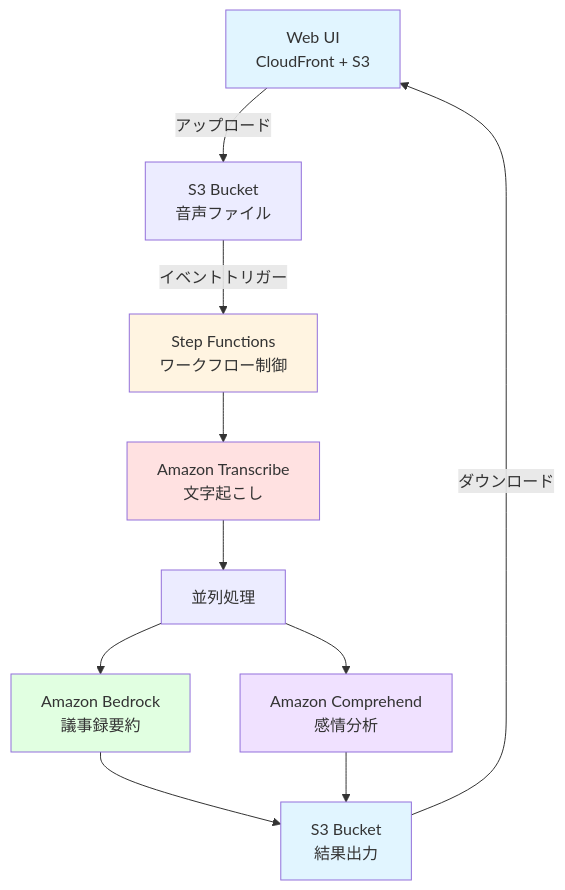
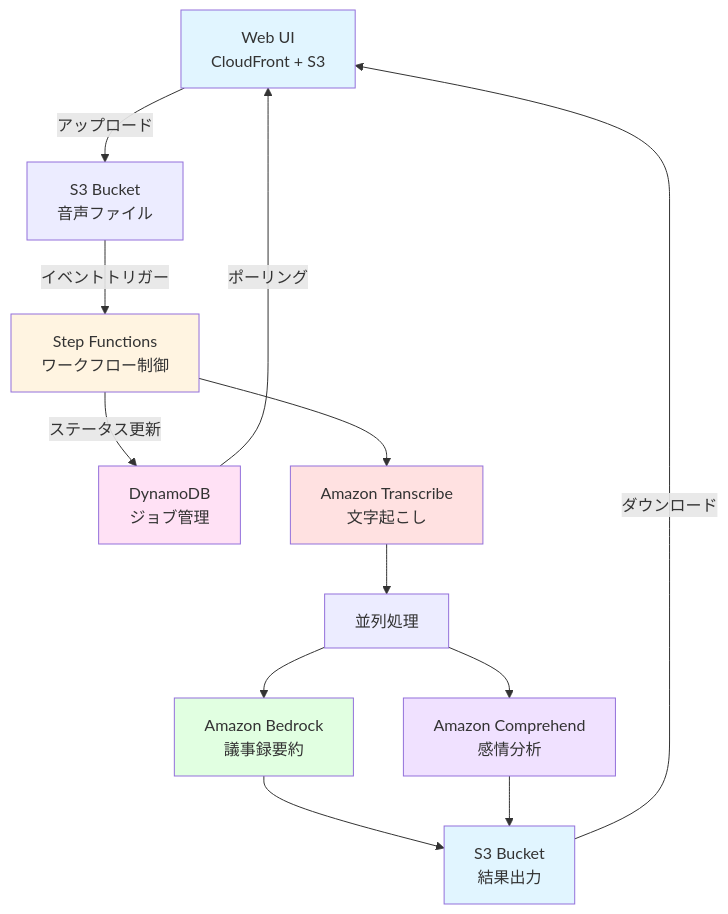
One commit to kyonosuke-specialist/gijirokuapp changed the diagram in 発表スライド.md. Above: the diagram before and after it, drawn with Mermaid. The commit also changed other lines of this file, not shown here.

````diff
--- a/発表スライド.md
+++ b/発表スライド.md
@@ -19,19 +20,22 @@
 ```mermaid
 graph TD
     A[Web UI<br/>CloudFront + S3] -->|アップロード| B[S3 Bucket<br/>音声ファイル]
     B -->|イベントトリガー| C[Step Functions<br/>ワークフロー制御]
-    C --> D[Amazon Transcribe<br/>文字起こし]
-    D --> E[並列処理]
-    E --> F[Amazon Bedrock<br/>議事録要約]
-    E --> G[Amazon Comprehend<br/>感情分析]
-    F --> H[S3 Bucket<br/>結果出力]
-    G --> H
-    H -->|ダウンロード| A
+    C -->|ステータス更新| D[DynamoDB<br/>ジョブ管理]
+    C --> E[Amazon Transcribe<br/>文字起こし]
+    E --> F[並列処理]
+    F --> G[Amazon Bedrock<br/>議事録要約]
+    F --> H[Amazon Comprehend<br/>感情分析]
+    G --> I[S3 Bucket<br/>結果出力]
+    H --> I
+    D -->|ポーリング| A
+    I -->|ダウンロード| A
     
     style A fill:#e1f5ff
     style C fill:#fff4e1
-    style D fill:#ffe1e1
-    style F fill:#e1ffe1
-    style G fill:#f0e1ff
-    style H fill:#e1f5ff
+    style D fill:#ffe1f5
+    style E fill:#ffe1e1
+    style G fill:#e1ffe1
+    style H fill:#f0e1ff
+    style I fill:#e1f5ff
 ```
````
